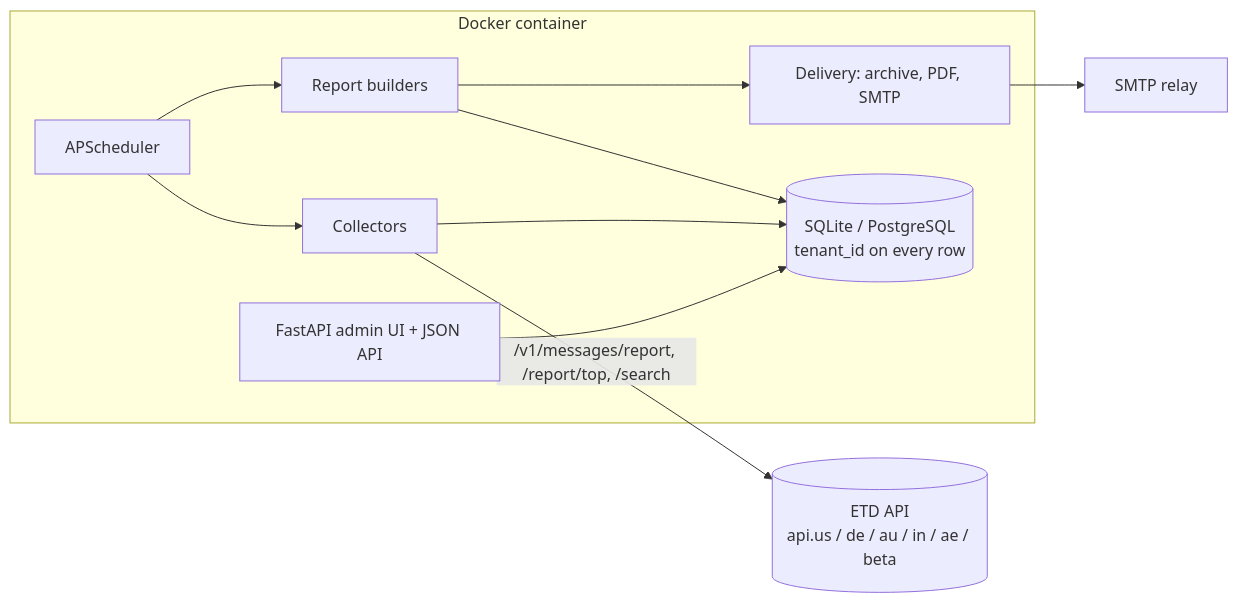
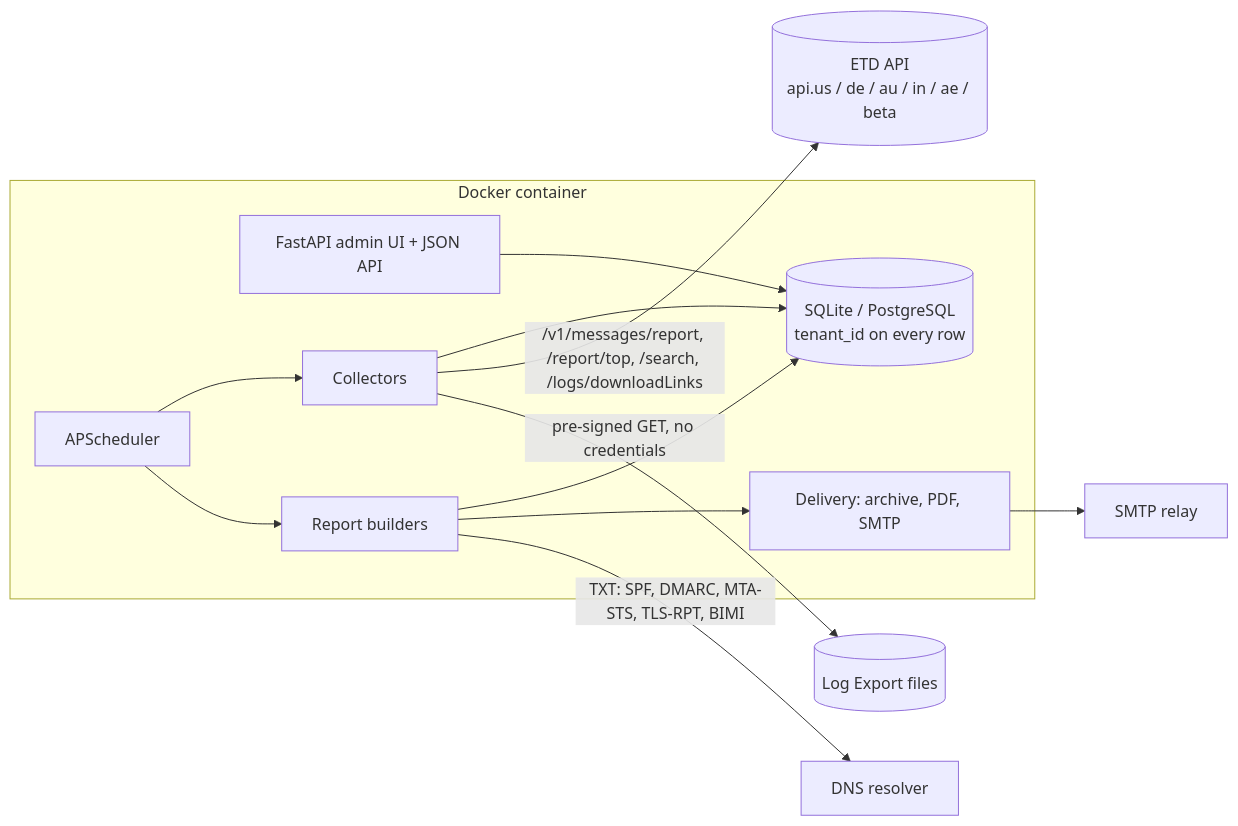
Before and after one commit to magnusfrodell/etd-report-scheduler: the diagram in README.md, drawn with Mermaid. The commit also changed other lines of this file and 90 other files, not shown here.

First line of the commit message:
ETD Report Scheduler 0.6.0

````diff
--- a/README.md
+++ b/README.md
@@ -190,17 +247,19 @@
 ```mermaid
 flowchart LR
   subgraph container["Docker container"]
     UI[FastAPI admin UI + JSON API]
     SCH[APScheduler]
     COL[Collectors]
     REP[Report builders]
     DEL[Delivery: archive, PDF, SMTP]
     DB[(SQLite / PostgreSQL<br/>tenant_id on every row)]
     UI --> DB
     SCH --> COL --> DB
     SCH --> REP --> DB
     REP --> DEL
   end
-  COL -->|"/v1/messages/report, /report/top, /search"| ETD[(ETD API<br/>api.us / de / au / in / ae / beta)]
+  COL -->|"/v1/messages/report, /report/top, /search, /logs/downloadLinks"| ETD[(ETD API<br/>api.us / de / au / in / ae / beta)]
+  COL -->|"pre-signed GET, no credentials"| S3[(Log Export files)]
+  REP -->|"TXT: SPF, DMARC, MTA-STS, TLS-RPT, BIMI"| DNS[DNS resolver]
   DEL --> SMTP[SMTP relay]
 ```
````
